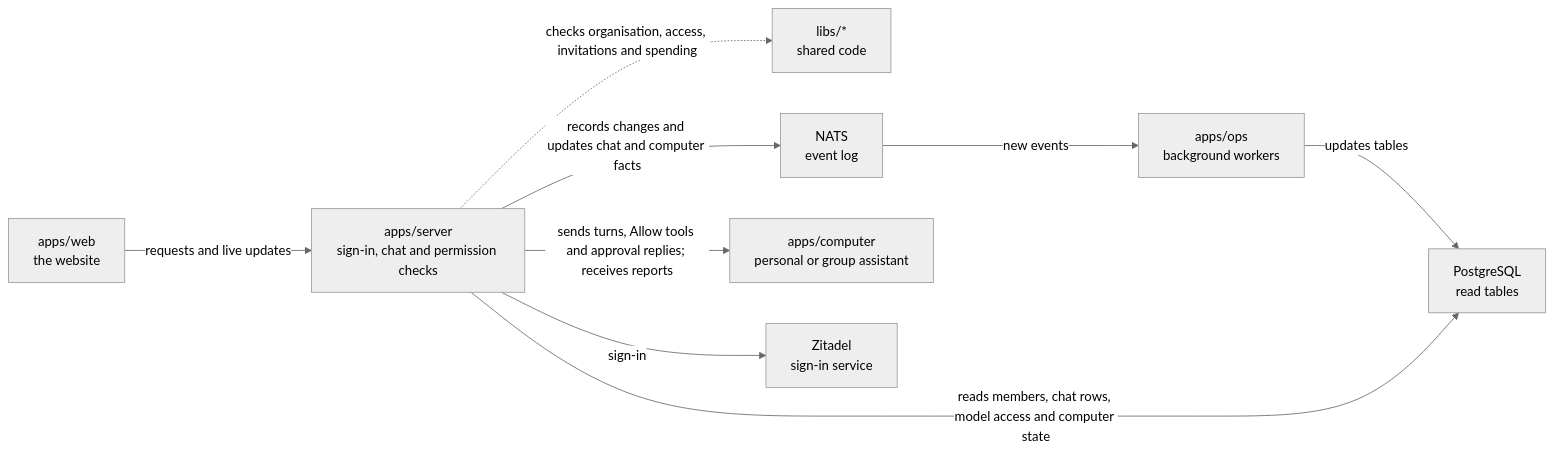
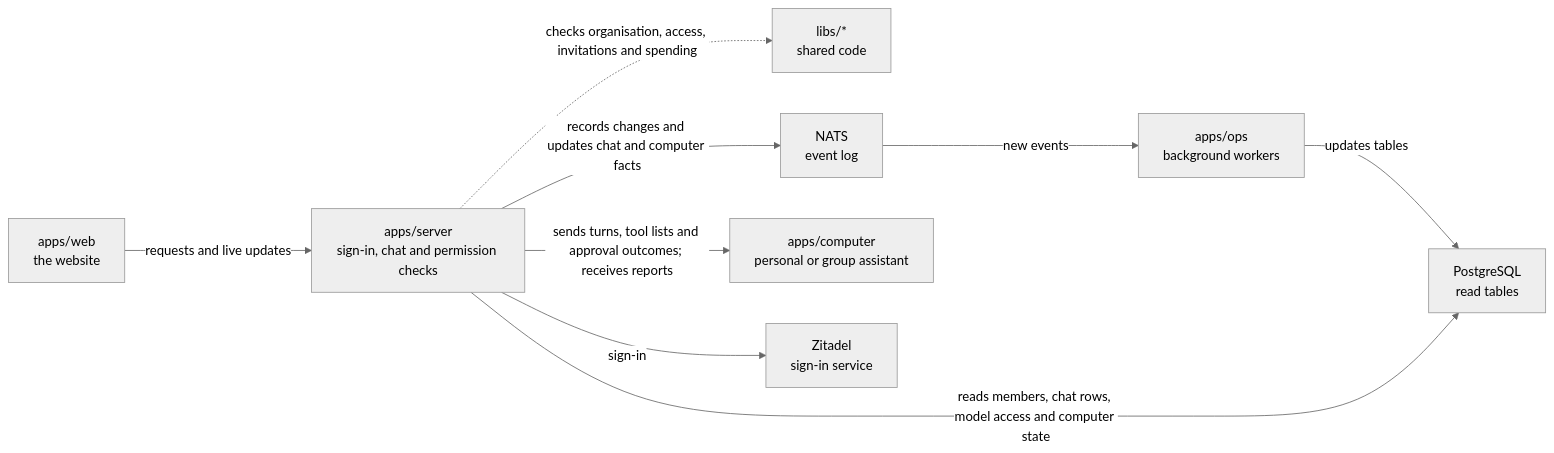
Before and after one commit to elewa-git/opencrane-new: the diagram in apps/server/README.md, drawn with Mermaid (neutral theme). The commit also changed other lines of this file and 7 other files, not shown here.

````diff
--- a/apps/server/README.md
+++ b/apps/server/README.md
@@ -11,11 +11,11 @@
 ```mermaid
 flowchart LR
   web["apps/web<br/>the website"] -->|requests and live updates| server["apps/server<br/>sign-in, chat and permission checks"]
   server -.->|checks organisation, access, invitations and spending| libs["libs/*<br/>shared code"]
   server -->|records changes and updates chat and computer facts| nats["NATS<br/>event log"]
   nats -->|new events| ops["apps/ops<br/>background workers"]
   ops -->|updates tables| postgres["PostgreSQL<br/>read tables"]
   server -->|reads members, chat rows, model access and computer state| postgres
-  server -->|sends turns, Allow tools and approval replies; receives reports| computer["apps/computer<br/>personal or group assistant"]
+  server -->|sends turns, tool lists and approval outcomes; receives reports| computer["apps/computer<br/>personal or group assistant"]
   server -->|sign-in| zitadel["Zitadel<br/>sign-in service"]
 ```
````
